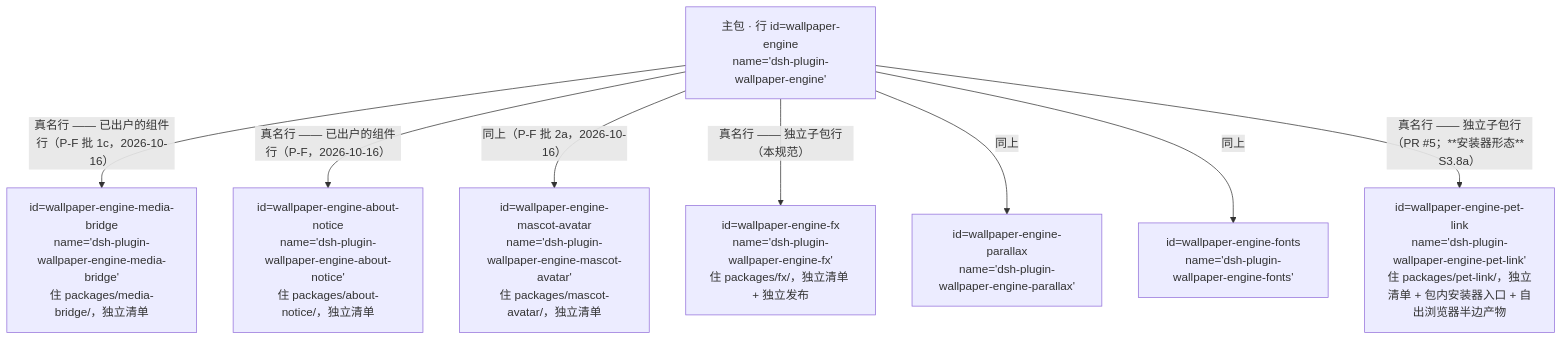
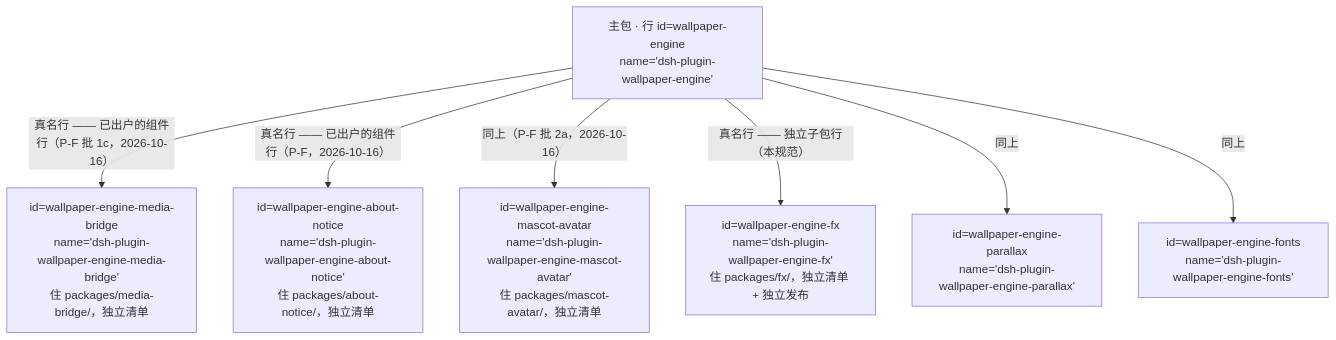
Before and after one commit to AuroraAeon/dsh-wallpaper-engine: the first of 3 diagrams in docs/SUBPACKAGE-GRAPH.md, drawn with Mermaid. The commit also changed other lines of this file and 133 other files, not shown here.

First line of the commit message:
fix(六项): 头像裁切/出现频率、壁纸库缩略图、轮播间隔与视频播完、思考玻璃三挡、阅读页底色、子包自检

````diff
--- a/docs/SUBPACKAGE-GRAPH.md
+++ b/docs/SUBPACKAGE-GRAPH.md
@@ -27,11 +27,10 @@
 ```mermaid
 graph TD
   MAIN["主包 · 行 id=wallpaper-engine<br/>name='dsh-plugin-wallpaper-engine'"]
   MAIN -->|"真名行 —— 已出户的组件行（P-F 批 1c，2026-10-16）"| C3["id=wallpaper-engine-media-bridge<br/>name='dsh-plugin-wallpaper-engine-media-bridge'<br/>住 packages/media-bridge/，独立清单"]
   MAIN -->|"真名行 —— 已出户的组件行（P-F，2026-10-16）"| C1["id=wallpaper-engine-about-notice<br/>name='dsh-plugin-wallpaper-engine-about-notice'<br/>住 packages/about-notice/，独立清单"]
   MAIN -->|"同上（P-F 批 2a，2026-10-16）"| C2["id=wallpaper-engine-mascot-avatar<br/>name='dsh-plugin-wallpaper-engine-mascot-avatar'<br/>住 packages/mascot-avatar/，独立清单"]
   MAIN -->|"真名行 —— 独立子包行（本规范）"| S1["id=wallpaper-engine-fx<br/>name='dsh-plugin-wallpaper-engine-fx'<br/>住 packages/fx/，独立清单 + 独立发布"]
   MAIN -->|"同上"| S2["id=wallpaper-engine-parallax<br/>name='dsh-plugin-wallpaper-engine-parallax'"]
   MAIN -->|"同上"| S3["id=wallpaper-engine-fonts<br/>name='dsh-plugin-wallpaper-engine-fonts'"]
-  MAIN -->|"真名行 —— 独立子包行（PR #5；**安装器形态** S3.8a）"| S4["id=wallpaper-engine-pet-link<br/>name='dsh-plugin-wallpaper-engine-pet-link'<br/>住 packages/pet-link/，独立清单 + 包内安装器入口 + 自出浏览器半边产物"]
 ```
````
